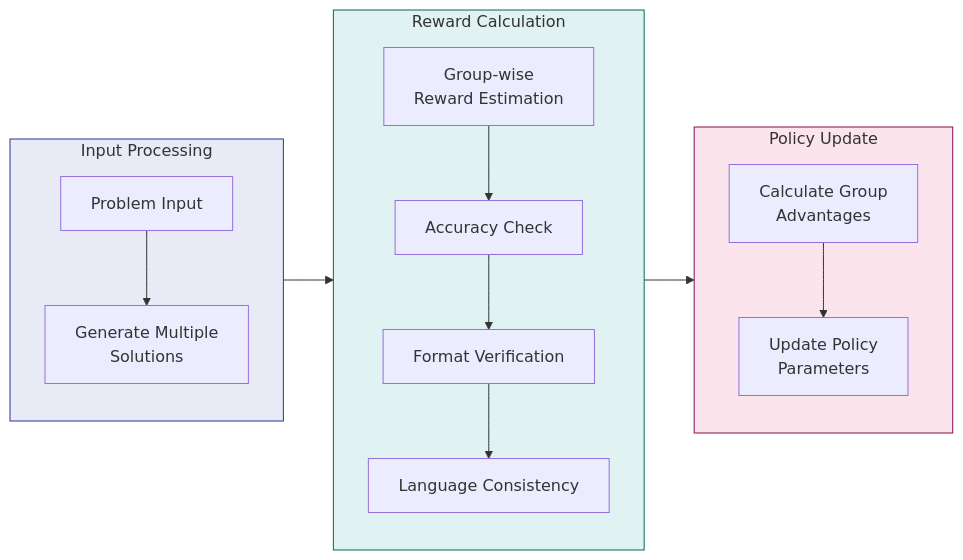
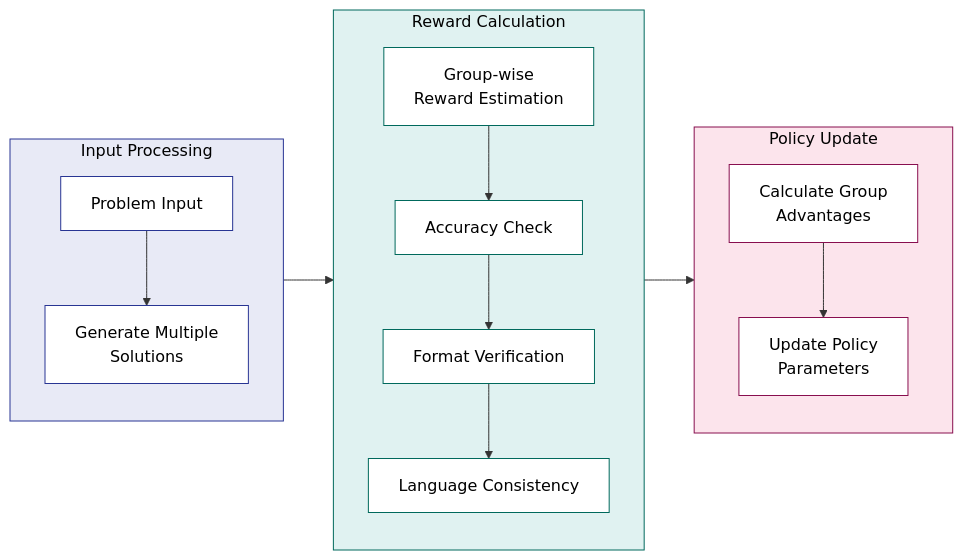
One commit to MuhammadYossry/tech-articles changed the third of 3 diagrams in ai-ml/deepseek-r1-paper.md. Above: the diagram before and after it, drawn with Mermaid.

Commit message:
Fix graph colors in deepseek-r1-paper.md

````diff
--- a/ai-ml/deepseek-r1-paper.md
+++ b/ai-ml/deepseek-r1-paper.md
@@ -155,23 +155,32 @@
 ```mermaid
 flowchart LR
     subgraph Input[Input Processing]
         A[Problem Input] --> B[Generate Multiple<br/>Solutions]
     end
 
     subgraph Rewards[Reward Calculation]
         C[Group-wise<br/>Reward Estimation] --> D[Accuracy Check]
         D --> E[Format Verification]
         E --> F[Language Consistency]
     end
 
     subgraph Update[Policy Update]
         G[Calculate Group<br/>Advantages] --> H[Update Policy<br/>Parameters]
     end
 
     Input --> Rewards
     Rewards --> Update
 
-    style Input fill:#e8eaf6,stroke:#283593
-    style Rewards fill:#e0f2f1,stroke:#00695c
-    style Update fill:#fce4ec,stroke:#880e4f
+    style Input fill:#e8eaf6,stroke:#283593,color:#000000
+    style Rewards fill:#e0f2f1,stroke:#00695c,color:#000000
+    style Update fill:#fce4ec,stroke:#880e4f,color:#000000
+
+    style A fill:#ffffff,stroke:#283593,color:#000000
+    style B fill:#ffffff,stroke:#283593,color:#000000
+    style C fill:#ffffff,stroke:#00695c,color:#000000
+    style D fill:#ffffff,stroke:#00695c,color:#000000
+    style E fill:#ffffff,stroke:#00695c,color:#000000
+    style F fill:#ffffff,stroke:#00695c,color:#000000
+    style G fill:#ffffff,stroke:#880e4f,color:#000000
+    style H fill:#ffffff,stroke:#880e4f,color:#000000
 ```
````
